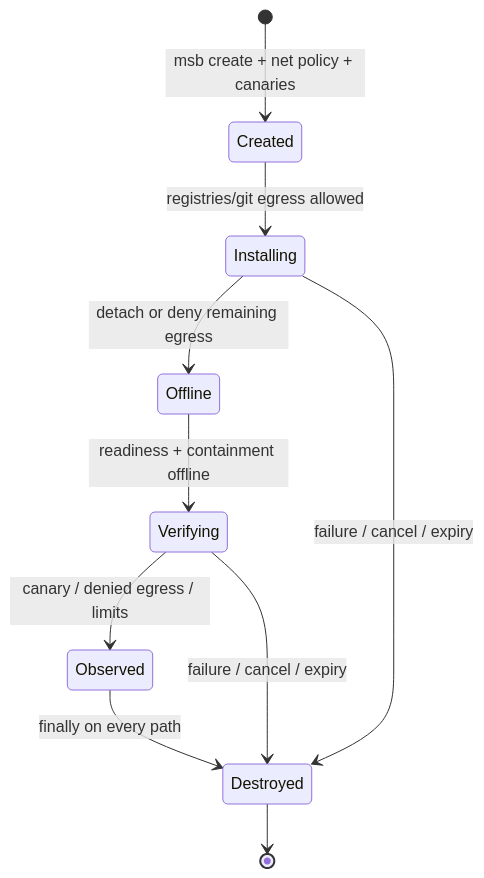
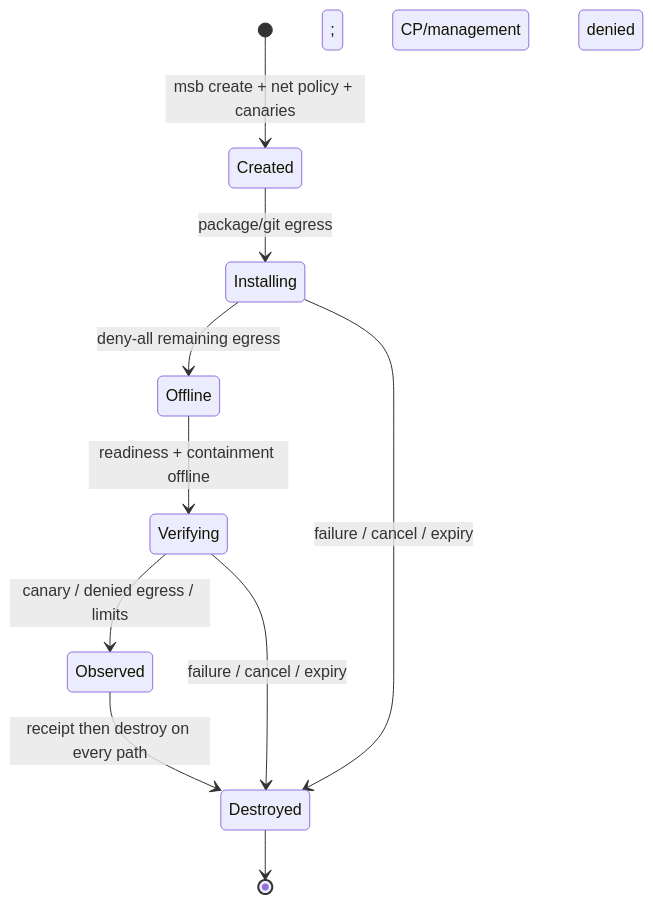
The third of 6 diagrams in ARCHITECTURE.md (ludvigodin/killhub), drawn with Mermaid before and after one commit. The commit also changed other lines of this file and 25 other files, not shown here.

Commit message:
Refine AGENTS.md, API.md, ARCHITECTURE.md, DATABASE.md, and IMPLEMENTATION files to enhance clarity on job lifecycle management

````diff
--- a/ARCHITECTURE.md
+++ b/ARCHITECTURE.md
@@ -299,12 +305,12 @@
 ```mermaid
 stateDiagram-v2
   [*] --> Created: msb create + net policy + canaries
-  Created --> Installing: registries/git egress allowed
-  Installing --> Offline: detach or deny remaining egress
+  Created --> Installing: package/git egress; CP/management denied
+  Installing --> Offline: deny-all remaining egress
   Offline --> Verifying: readiness + containment offline
   Verifying --> Observed: canary / denied egress / limits
-  Observed --> Destroyed: finally on every path
+  Observed --> Destroyed: receipt then destroy on every path
   Installing --> Destroyed: failure / cancel / expiry
   Verifying --> Destroyed: failure / cancel / expiry
   Destroyed --> [*]
 ```
````
